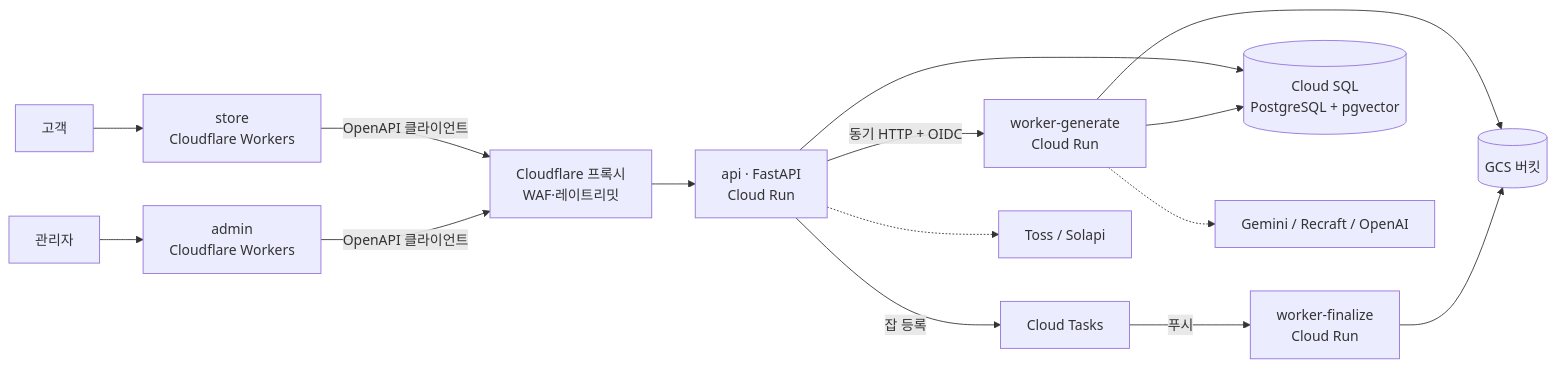
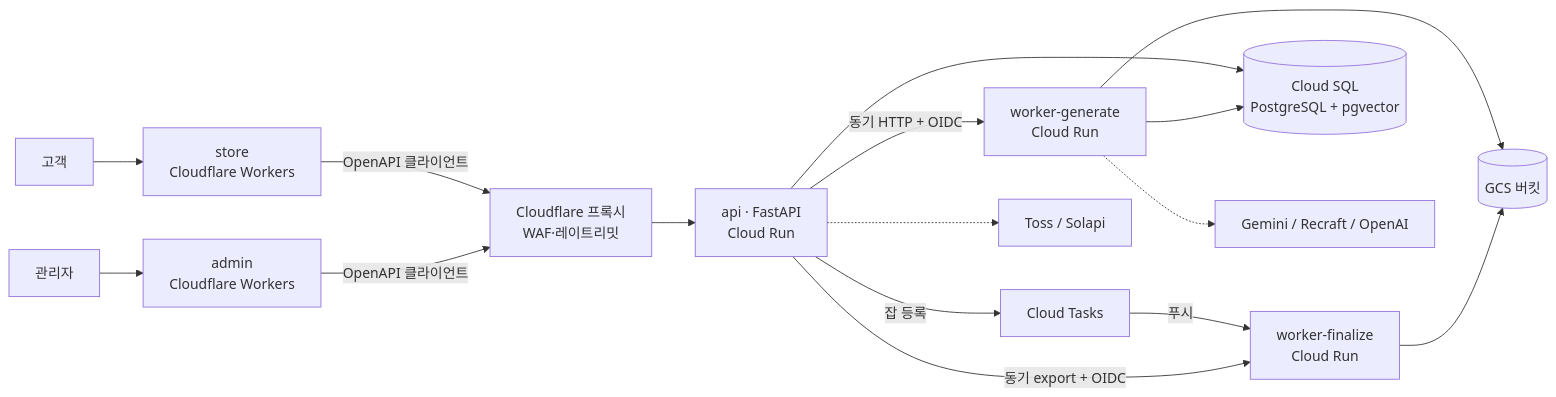
Before and after one commit to Bongseop-Kim/essesion: the diagram in ARCHITECTURE.md, drawn with Mermaid. The commit also changed other lines of this file and 125 other files, not shown here.

````diff
--- a/ARCHITECTURE.md
+++ b/ARCHITECTURE.md
@@ -53,16 +53,17 @@
 ```mermaid
 graph LR
     U[고객] --> ST[store<br/>Cloudflare Workers]
     A[관리자] --> AD[admin<br/>Cloudflare Workers]
     ST -->|OpenAPI 클라이언트| CF[Cloudflare 프록시<br/>WAF·레이트리밋]
     AD -->|OpenAPI 클라이언트| CF
     CF --> API[api · FastAPI<br/>Cloud Run]
     API -->|동기 HTTP + OIDC| WG[worker-generate<br/>Cloud Run]
     API -->|잡 등록| CT[Cloud Tasks] -->|푸시| WF[worker-finalize<br/>Cloud Run]
+    API -->|동기 export + OIDC| WF
     API --> SQL[(Cloud SQL<br/>PostgreSQL + pgvector)]
     WG --> SQL
     WG --> GCS[(GCS 버킷)]
     WF --> GCS
     WG -.-> EXT[Gemini / Recraft / OpenAI]
     API -.-> TOSS[Toss / Solapi]
 ```
````
